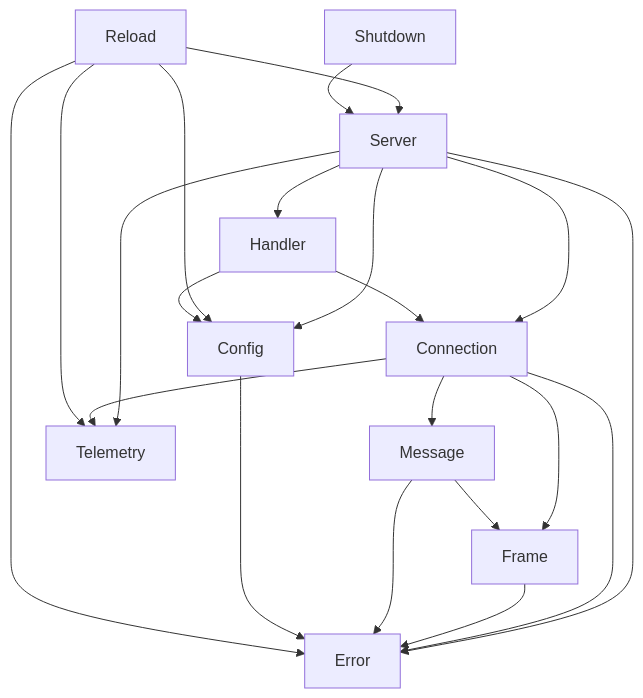
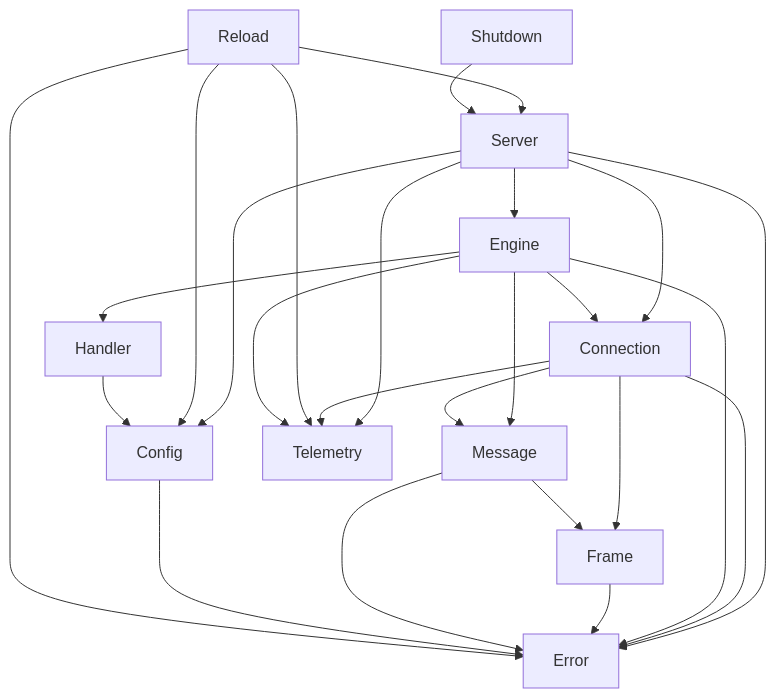
Before and after one commit to photom/rust-milter: the seventh of 7 diagrams in docs/explanation/architecture.md, drawn with Mermaid. The commit also changed other lines of this file and 14 other files, not shown here.

````diff
--- a/docs/explanation/architecture.md
+++ b/docs/explanation/architecture.md
@@ -428,23 +444,27 @@
 ```mermaid
 flowchart TD
     Server --> Connection
-    Server --> Handler
+    Server --> Engine
     Server --> Config
     Reload --> Config
     Reload --> Server
     Shutdown --> Server
-    Handler --> Connection
+    Engine --> Connection
+    Engine --> Handler
+    Engine --> Message
     Handler --> Config
     Connection --> Frame
     Connection --> Message
     Message --> Frame
     Server --> Telemetry
     Connection --> Telemetry
     Reload --> Telemetry
     Server --> Error
     Connection --> Error
+    Engine --> Error
+    Engine --> Telemetry
     Frame --> Error
     Message --> Error
     Config --> Error
     Reload --> Error
 ```
````
